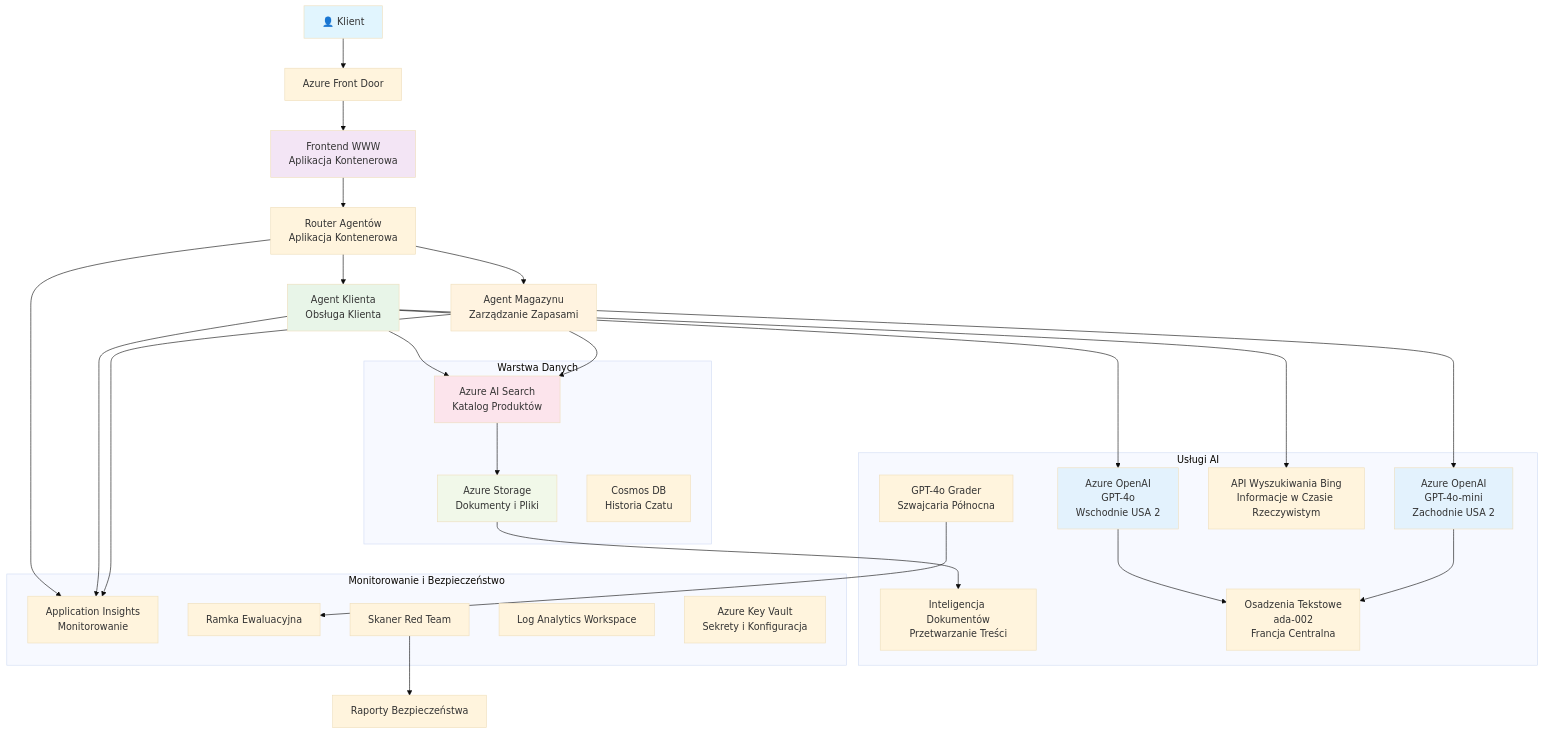
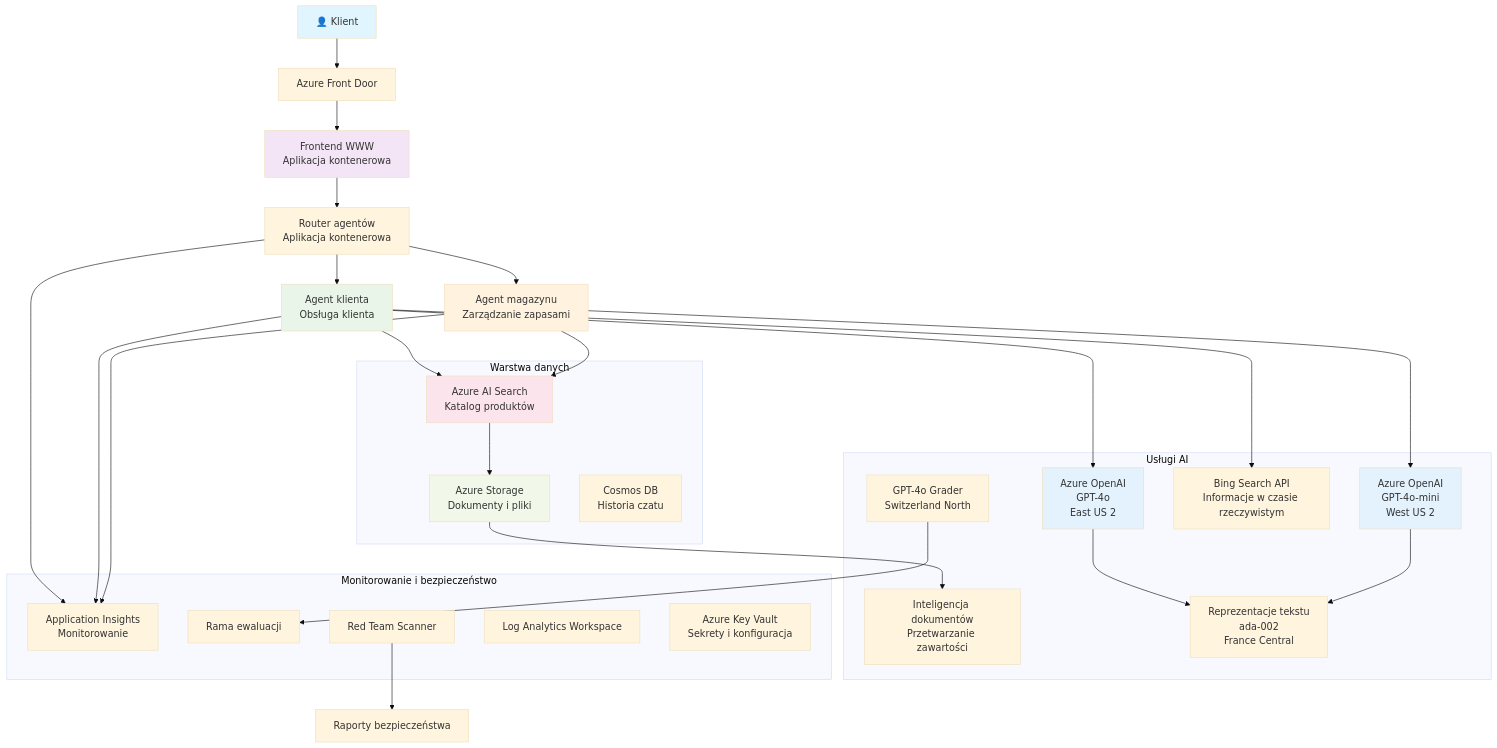
One commit to microsoft/AZD-for-beginners changed the diagram in translations/pl/examples/retail-scenario.md. Above: the diagram before and after it, drawn with Mermaid (base theme). The commit also changed other lines of this file and 242 other files, not shown here.

````diff
--- a/translations/pl/examples/retail-scenario.md
+++ b/translations/pl/examples/retail-scenario.md
@@ -148,61 +139,61 @@
 ```mermaid
 graph TB
     User[👤 Klient] --> LB[Azure Front Door]
-    LB --> WebApp[Frontend WWW<br/>Aplikacja Kontenerowa]
+    LB --> WebApp[Frontend WWW<br/>Aplikacja kontenerowa]
     
-    WebApp --> Router[Router Agentów<br/>Aplikacja Kontenerowa]
-    Router --> CustomerAgent[Agent Klienta<br/>Obsługa Klienta]
-    Router --> InvAgent[Agent Magazynu<br/>Zarządzanie Zapasami]
+    WebApp --> Router[Router agentów<br/>Aplikacja kontenerowa]
+    Router --> CustomerAgent[Agent klienta<br/>Obsługa klienta]
+    Router --> InvAgent[Agent magazynu<br/>Zarządzanie zapasami]
     
-    CustomerAgent --> OpenAI1[Azure OpenAI<br/>GPT-4o<br/>Wschodnie USA 2]
-    InvAgent --> OpenAI2[Azure OpenAI<br/>GPT-4o-mini<br/>Zachodnie USA 2]
+    CustomerAgent --> OpenAI1[Azure OpenAI<br/>GPT-4o<br/>East US 2]
+    InvAgent --> OpenAI2[Azure OpenAI<br/>GPT-4o-mini<br/>West US 2]
     
-    CustomerAgent --> AISearch[Azure AI Search<br/>Katalog Produktów]
-    CustomerAgent --> BingSearch[API Wyszukiwania Bing<br/>Informacje w Czasie Rzeczywistym]
+    CustomerAgent --> AISearch[Azure AI Search<br/>Katalog produktów]
+    CustomerAgent --> BingSearch[Bing Search API<br/>Informacje w czasie rzeczywistym]
     InvAgent --> AISearch
     
-    AISearch --> Storage[Azure Storage<br/>Dokumenty i Pliki]
-    Storage --> DocIntel[Inteligencja Dokumentów<br/>Przetwarzanie Treści]
+    AISearch --> Storage[Azure Storage<br/>Dokumenty i pliki]
+    Storage --> DocIntel[Inteligencja dokumentów<br/>Przetwarzanie zawartości]
     
-    OpenAI1 --> Embeddings[Osadzenia Tekstowe<br/>ada-002<br/>Francja Centralna]
+    OpenAI1 --> Embeddings[Reprezentacje tekstu<br/>ada-002<br/>France Central]
     OpenAI2 --> Embeddings
     
     Router --> AppInsights[Application Insights<br/>Monitorowanie]
     CustomerAgent --> AppInsights
     InvAgent --> AppInsights
     
-    GraderModel[GPT-4o Grader<br/>Szwajcaria Północna] --> Evaluation[Ramka Ewaluacyjna]
-    RedTeam[Skaner Red Team] --> SecurityReports[Raporty Bezpieczeństwa]
+    GraderModel[GPT-4o Grader<br/>Switzerland North] --> Evaluation[Rama ewaluacji]
+    RedTeam[Red Team Scanner] --> SecurityReports[Raporty bezpieczeństwa]
     
-    subgraph "Warstwa Danych"
+    subgraph "Warstwa danych"
         Storage
         AISearch
-        CosmosDB[Cosmos DB<br/>Historia Czatu]
+        CosmosDB[Cosmos DB<br/>Historia czatu]
     end
     
     subgraph "Usługi AI"
         OpenAI1
         OpenAI2
         Embeddings
         GraderModel
         DocIntel
         BingSearch
     end
     
-    subgraph "Monitorowanie i Bezpieczeństwo"
+    subgraph "Monitorowanie i bezpieczeństwo"
         AppInsights
         LogAnalytics[Log Analytics Workspace]
-        KeyVault[Azure Key Vault<br/>Sekrety i Konfiguracja]
+        KeyVault[Azure Key Vault<br/>Sekrety i konfiguracja]
         RedTeam
         Evaluation
     end
     
     style User fill:#e1f5fe
     style WebApp fill:#f3e5f5
     style CustomerAgent fill:#e8f5e8
     style InvAgent fill:#fff3e0
     style OpenAI1 fill:#e3f2fd
     style OpenAI2 fill:#e3f2fd
     style AISearch fill:#fce4ec
     style Storage fill:#f1f8e9
-```
+```  
````
